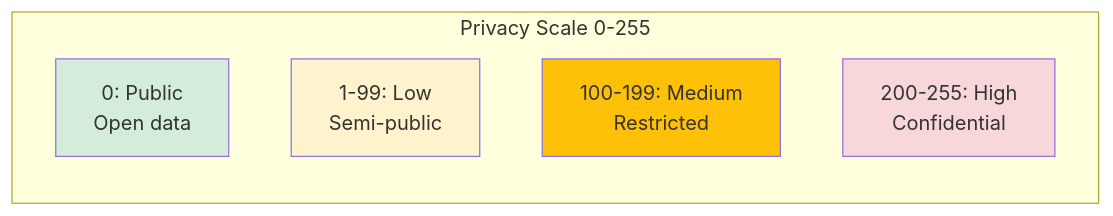
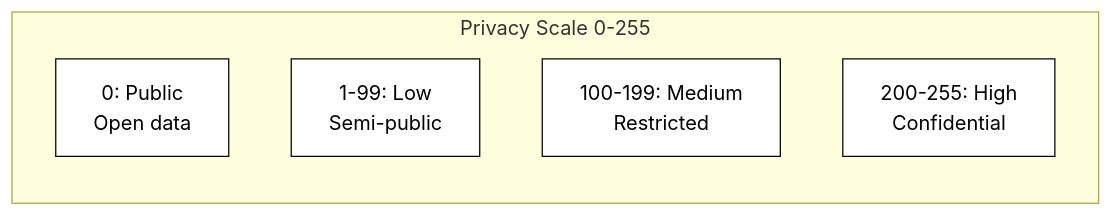
Diagram 17 of 18 in data_nft_registry/README.md (PolkaMesh/PolkaMesh-Contracts), drawn with Mermaid before and after one commit. The commit also changed other lines of this file and 4 other files, not shown here.

````diff
--- a/data_nft_registry/README.md
+++ b/data_nft_registry/README.md
@@ -424,14 +424,14 @@
 ```mermaid
 graph LR
     subgraph "Privacy Scale 0-255"
         A[0: Public<br/>Open data]
         B[1-99: Low<br/>Semi-public]
         C[100-199: Medium<br/>Restricted]
         D[200-255: High<br/>Confidential]
     end
 
-    style A fill:#d4edda
-    style B fill:#fff3cd
-    style C fill:#ffc107
-    style D fill:#f8d7da
+    style A fill:#ffffff,stroke:#000000,color:#000000
+    style B fill:#ffffff,stroke:#000000,color:#000000
+    style C fill:#ffffff,stroke:#000000,color:#000000
+    style D fill:#ffffff,stroke:#000000,color:#000000
 ```
````
